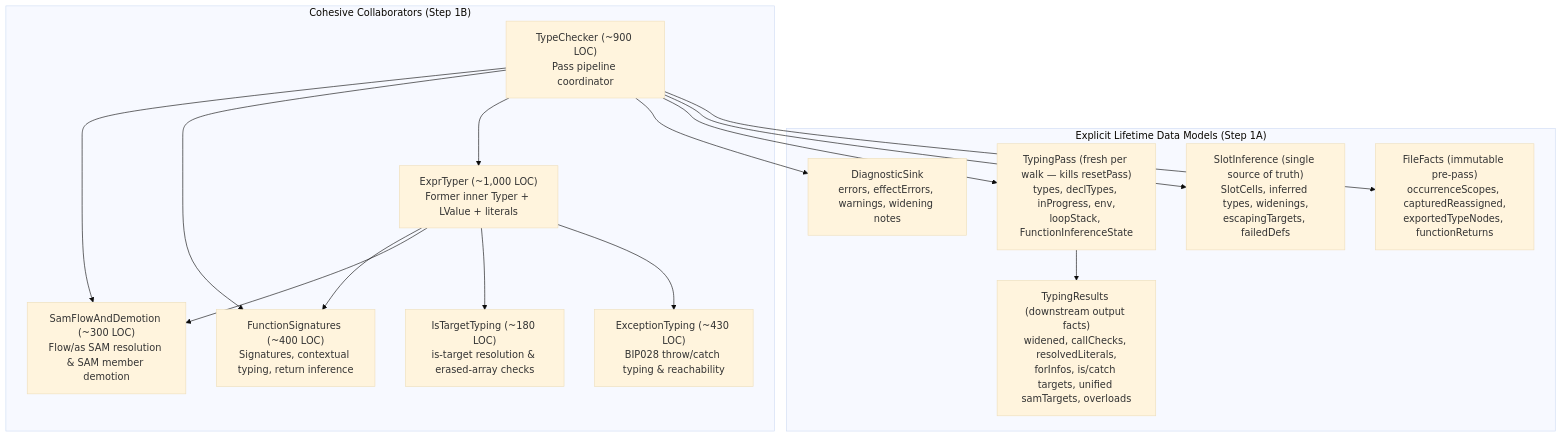
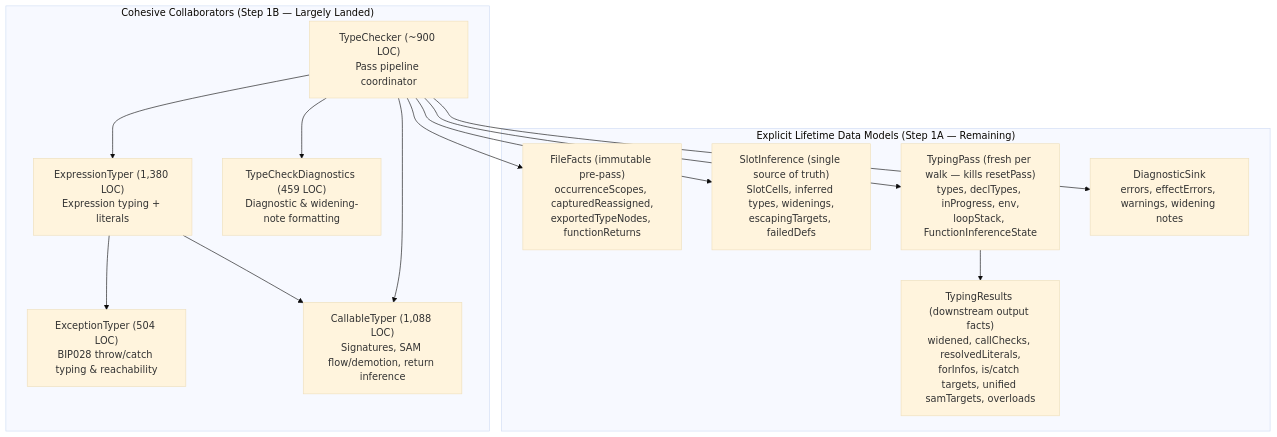
One commit to nlehuen/babble changed the second of 3 diagrams in docs/design/bip036_compiler-simplification-and-god-class-splits.md. Above: the diagram before and after it, drawn with Mermaid (base theme). The commit also changed other lines of this file and 8 other files, not shown here.

Commit message:
Docs : refresh design docs, architecture, and README after BIP037–BIP041

````diff
--- a/docs/design/bip036_compiler-simplification-and-god-class-splits.md
+++ b/docs/design/bip036_compiler-simplification-and-god-class-splits.md
@@ -122,32 +113,29 @@
 ```mermaid
 flowchart TD
-    subgraph Model["Explicit Lifetime Data Models (Step 1A)"]
+    subgraph Model["Explicit Lifetime Data Models (Step 1A — Remaining)"]
         FF["FileFacts (immutable pre-pass)\noccurrenceScopes, capturedReassigned,\nexportedTypeNodes, functionReturns"]
         SI["SlotInference (single source of truth)\nSlotCells, inferred types, widenings,\nescapingTargets, failedDefs"]
         TP["TypingPass (fresh per walk — kills resetPass)\ntypes, declTypes, inProgress, env,\nloopStack, FunctionInferenceState"]
         TR["TypingResults (downstream output facts)\nwidened, callChecks, resolvedLiterals,\nforInfos, is/catch targets, unified samTargets, overloads"]
         DS["DiagnosticSink\nerrors, effectErrors, warnings, widening notes"]
     end
 
-    subgraph Logic["Cohesive Collaborators (Step 1B)"]
+    subgraph Logic["Cohesive Collaborators (Step 1B — Largely Landed)"]
         TC["TypeChecker (~900 LOC)\nPass pipeline coordinator"]
-        ET["ExprTyper (~1,000 LOC)\nFormer inner Typer + LValue + literals"]
-        EX["ExceptionTyping (~430 LOC)\nBIP028 throw/catch typing & reachability"]
-        FS["FunctionSignatures (~400 LOC)\nSignatures, contextual typing, return inference"]
-        SD["SamFlowAndDemotion (~300 LOC)\nFlow/as SAM resolution & SAM member demotion"]
-        IT["IsTargetTyping (~180 LOC)\nis-target resolution & erased-array checks"]
+        ET["ExpressionTyper (1,380 LOC)\nExpression typing + literals"]
+        EX["ExceptionTyper (504 LOC)\nBIP028 throw/catch typing & reachability"]
+        CT["CallableTyper (1,088 LOC)\nSignatures, SAM flow/demotion, return inference"]
+        TD["TypeCheckDiagnostics (459 LOC)\nDiagnostic & widening-note formatting"]
     end
 
     TC --> FF
     TC --> SI
     TC --> TP
     TC --> DS
     TP --> TR
     TC --> ET
-    TC --> FS
-    TC --> SD
+    TC --> CT
+    TC --> TD
     ET --> EX
-    ET --> IT
-    ET --> SD
-    ET --> FS
+    ET --> CT
 ```
````
